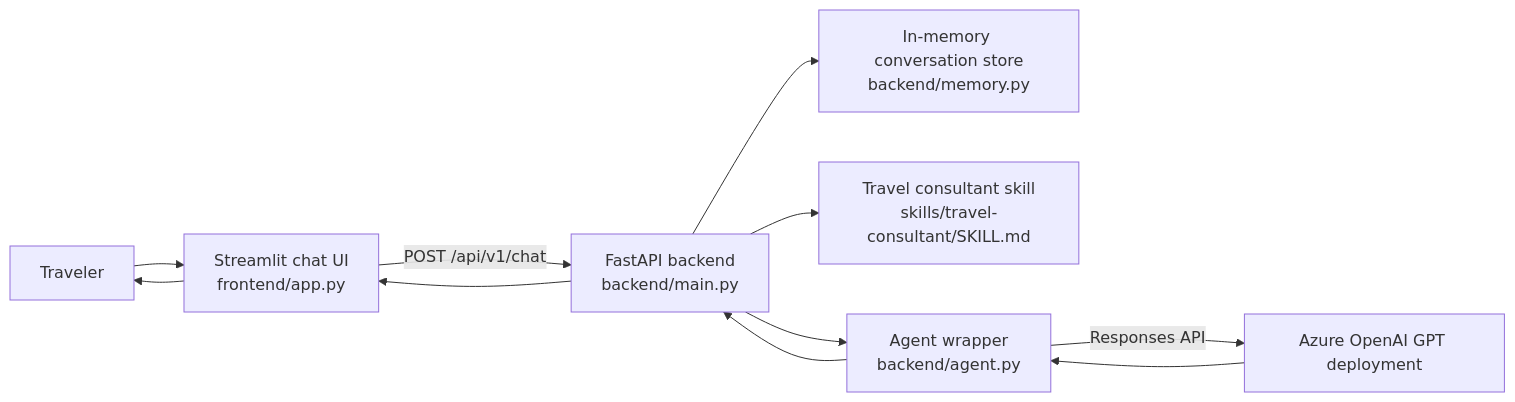
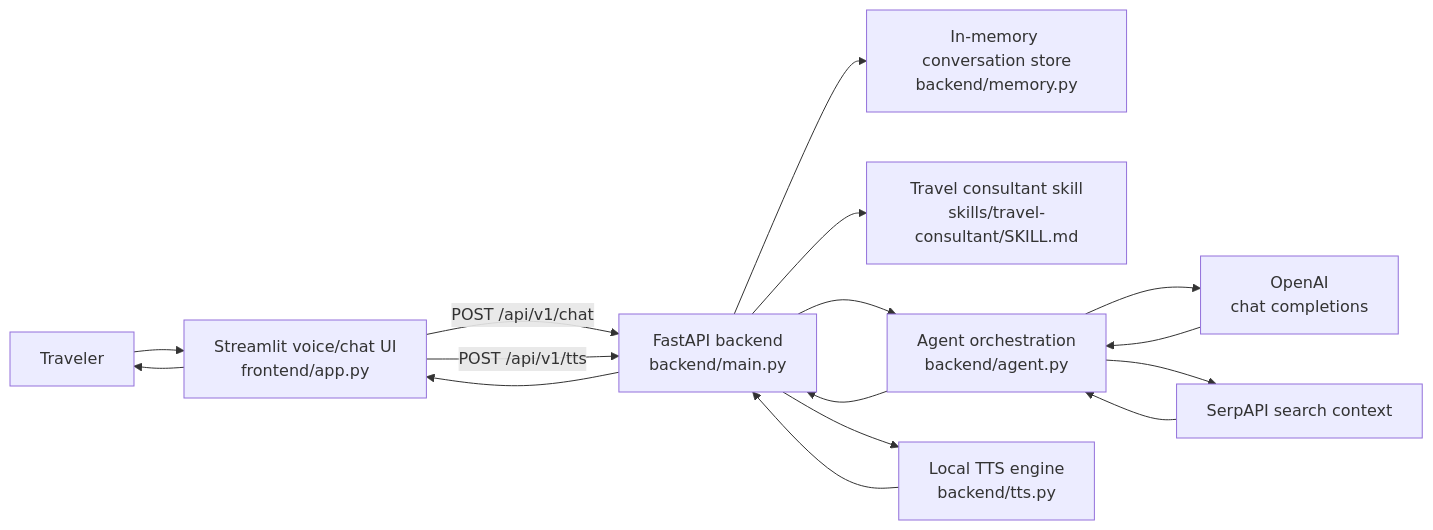
Before and after one commit to Trung1234/travel-advisor: the diagram in README.md, drawn with Mermaid. The commit also changed other lines of this file and 20 other files, not shown here.

````diff
--- a/README.md
+++ b/README.md
@@ -20,13 +22,18 @@
 ```mermaid
 flowchart LR
-    User[Traveler] --> UI[Streamlit chat UI<br/>frontend/app.py]
+    User[Traveler] --> UI[Streamlit voice/chat UI<br/>frontend/app.py]
     UI -->|POST /api/v1/chat| API[FastAPI backend<br/>backend/main.py]
+    UI -->|POST /api/v1/tts| API
     API --> Memory[In-memory conversation store<br/>backend/memory.py]
     API --> Skill[Travel consultant skill<br/>skills/travel-consultant/SKILL.md]
-    API --> Agent[Agent wrapper<br/>backend/agent.py]
-    Agent -->|Responses API| Azure[Azure OpenAI GPT deployment]
-    Azure --> Agent
+    API --> Agent[Agent orchestration<br/>backend/agent.py]
+    API --> TTS[Local TTS engine<br/>backend/tts.py]
+    Agent --> Provider[OpenAI<br/>chat completions]
+    Agent --> SerpAPI[SerpAPI search context]
+    Provider --> Agent
+    SerpAPI --> Agent
     Agent --> API
+    TTS --> API
     API --> UI
     UI --> User
 ```
````
